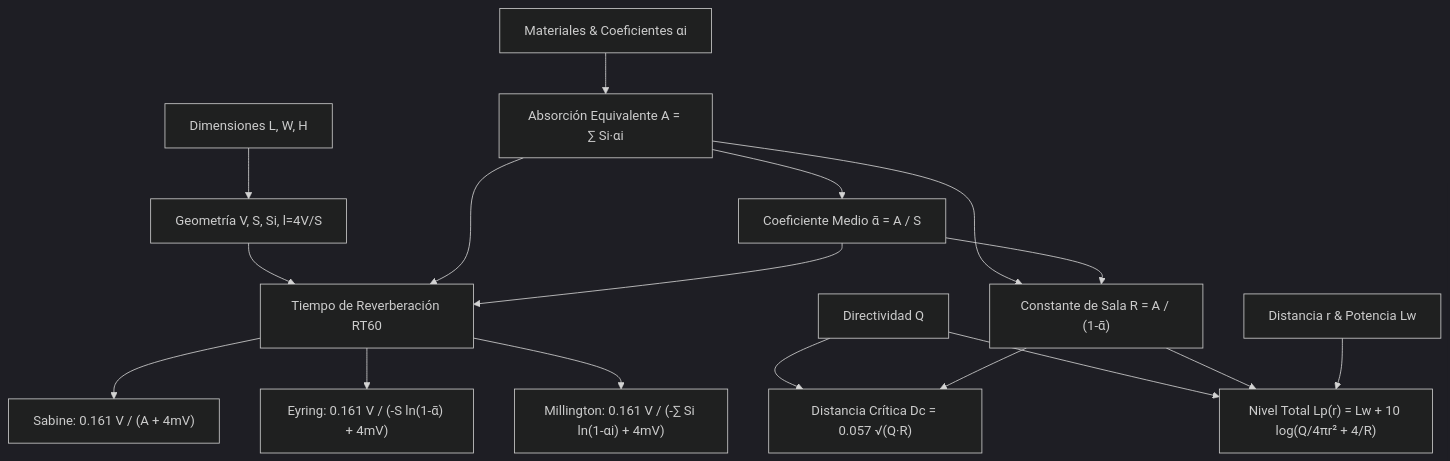
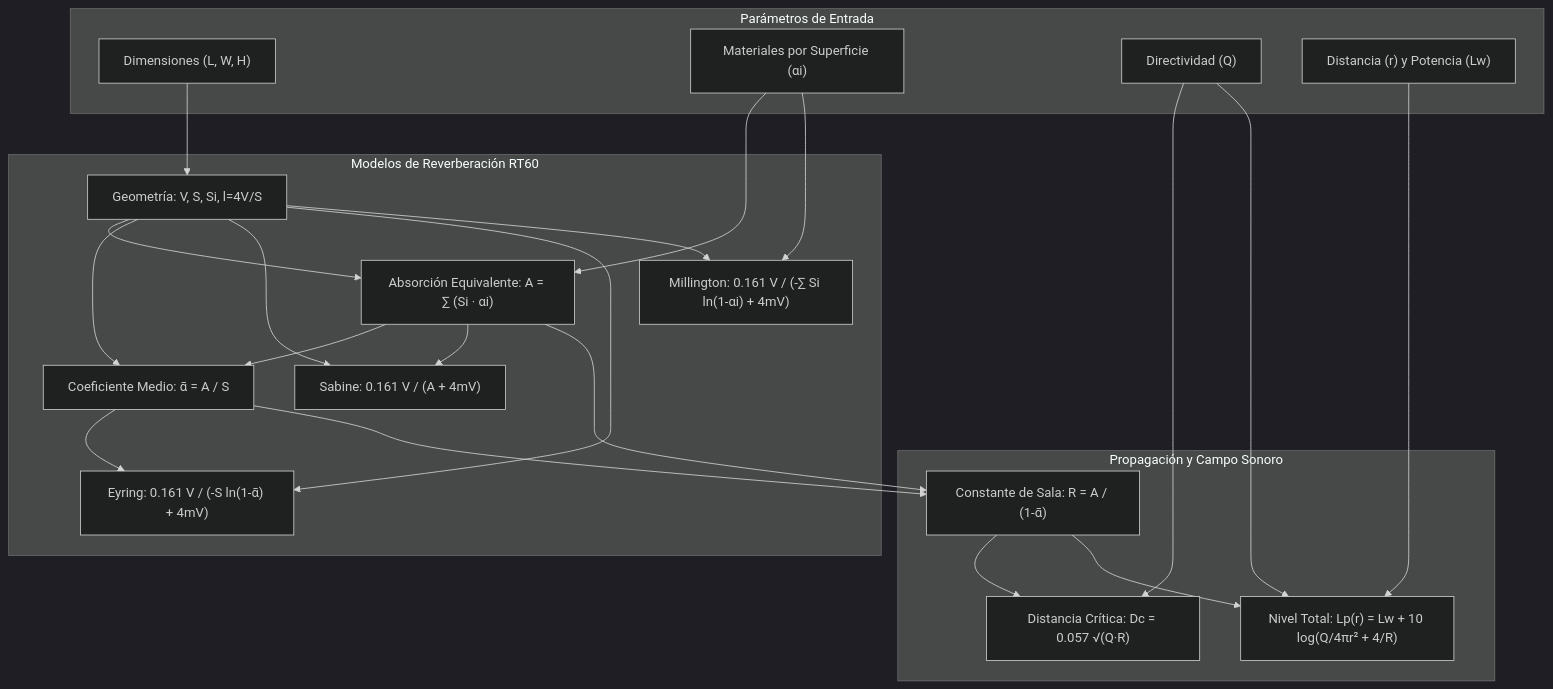
The diagram in README.md (Danielangulozz/acusticasoftware), drawn with Mermaid (dark theme) before and after one commit.

Commit message:
Enhance flowchart with input parameters and calculations
Added input parameters and intermediate calculations to the flowchart.

````diff
--- a/README.md
+++ b/README.md
@@ -42,24 +42,29 @@
 ```mermaid
 flowchart TD
-    A["Dimensiones L, W, H"] --> B["Geometría V, S, Si, l=4V/S"]
-    C["Materiales & Coeficientes αi"] --> D["Absorción Equivalente A = ∑ Si·αi"]
-    D --> E["Coeficiente Medio ᾱ = A / S"]
-    
-    B --> F["Tiempo de Reverberación RT60"]
-    D --> F
-    E --> F
-    
-    F --> F1["Sabine: 0.161 V / (A + 4mV)"]
-    F --> F2["Eyring: 0.161 V / (-S ln(1-ᾱ) + 4mV)"]
-    F --> F3["Millington: 0.161 V / (-∑ Si ln(1-αi) + 4mV)"]
-    
-    D --> G["Constante de Sala R = A / (1-ᾱ)"]
-    E --> G
-    
-    H["Directividad Q"] --> I["Distancia Crítica Dc = 0.057 √(Q·R)"]
-    G --> I
-    
-    H --> K["Nivel Total Lp(r) = Lw + 10 log(Q/4πr² + 4/R)"]
-    G --> K
-    J["Distancia r & Potencia Lw"] --> K
+    %% Entradas
+    subgraph Inputs [Parámetros de Entrada]
+        A["Dimensiones (L, W, H)"]
+        C["Materiales por Superficie (αi)"]
+        H["Directividad (Q)"]
+        J["Distancia (r) y Potencia (Lw)"]
+    end
+
+    %% Cálculos Intermedios
+    A --> B["Geometría: V, S, Si, l=4V/S"]
+    B & C --> D["Absorción Equivalente: A = ∑ (Si · αi)"]
+    D & B --> E["Coeficiente Medio: ᾱ = A / S"]
+
+    %% Tiempos de Reverberación
+    subgraph Reverberation [Modelos de Reverberación RT60]
+        B & D --> F1["Sabine: 0.161 V / (A + 4mV)"]
+        B & E --> F2["Eyring: 0.161 V / (-S ln(1-ᾱ) + 4mV)"]
+        B & C --> F3["Millington: 0.161 V / (-∑ Si ln(1-αi) + 4mV)"]
+    end
+
+    %% Campo Sonoro y Propagación
+    subgraph SoundField [Propagación y Campo Sonoro]
+        D & E --> G["Constante de Sala: R = A / (1-ᾱ)"]
+        G & H --> I["Distancia Crítica: Dc = 0.057 √(Q·R)"]
+        G & H & J --> K["Nivel Total: Lp(r) = Lw + 10 log(Q/4πr² + 4/R)"]
+    end
 ```
````
